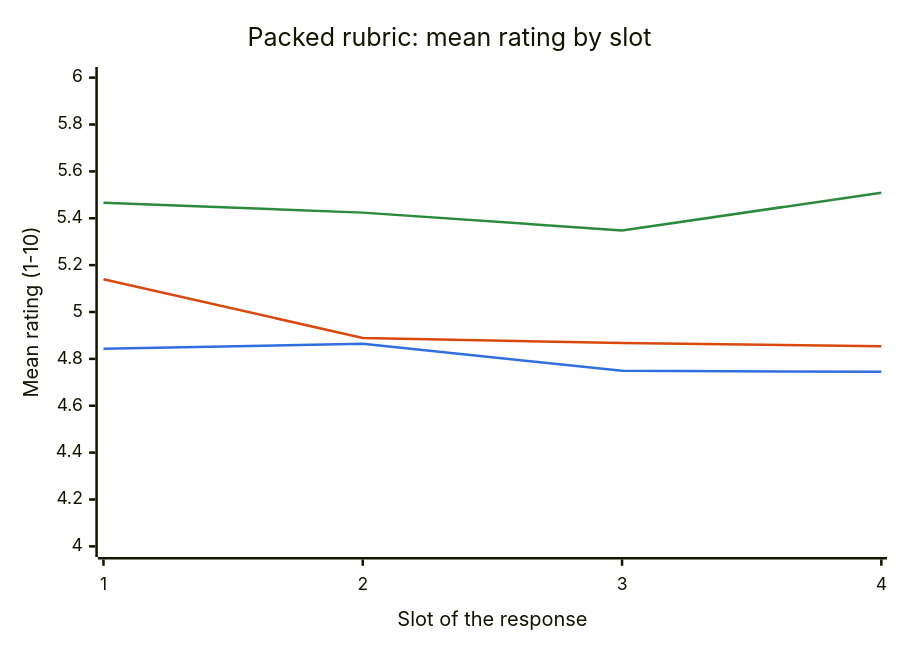
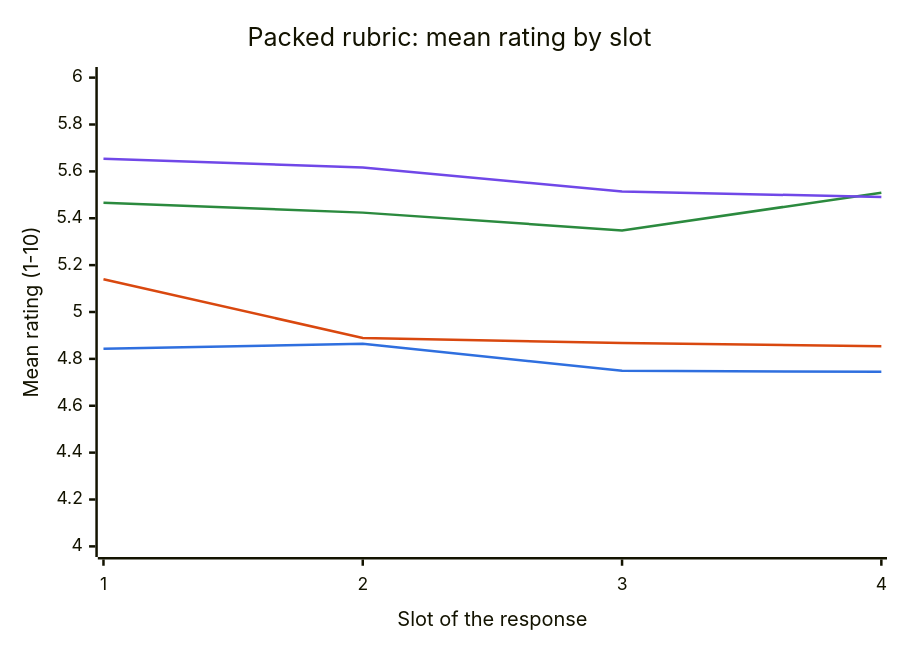
Before and after one commit to dorkitude/order-blind-decisions: the second of 2 diagrams in results/main-report.md, drawn with Mermaid. The commit also changed other lines of this file and 16 other files, not shown here.

````diff
--- a/results/main-report.md
+++ b/results/main-report.md
@@ -38,10 +40,11 @@
 ```mermaid
-%%{init: {"themeVariables": {"xyChart": {"plotColorPalette": "#2f6fdf, #d9480f, #2b8a3e"}}}}%%
+%%{init: {"themeVariables": {"xyChart": {"plotColorPalette": "#2f6fdf, #d9480f, #2b8a3e, #7048e8"}}}}%%
 xychart-beta
     title "Packed rubric: mean rating by slot"
     x-axis "Slot of the response" [1, 2, 3, 4]
     y-axis "Mean rating (1-10)" 4.0 --> 6.0
     line [4.843, 4.864, 4.749, 4.745]
     line [5.140, 4.889, 4.868, 4.854]
     line [5.466, 5.424, 5.348, 5.509]
+    line [5.654, 5.617, 5.514, 5.491]
 ```
````
